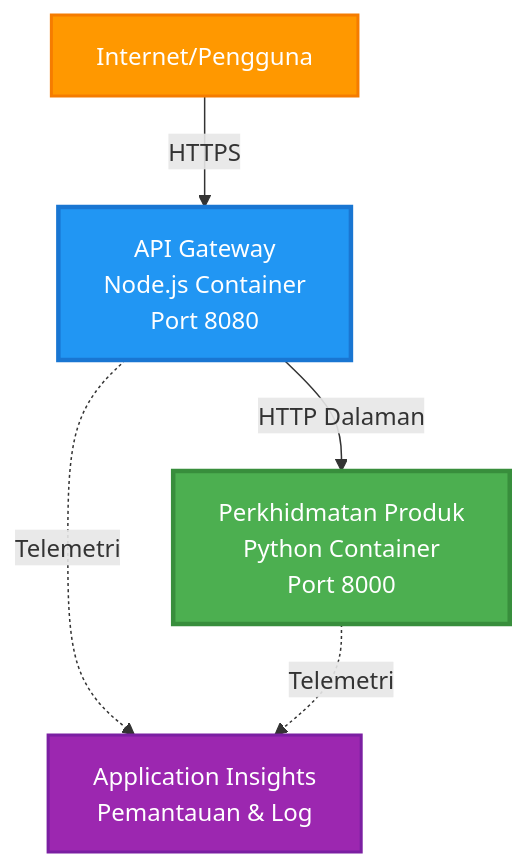
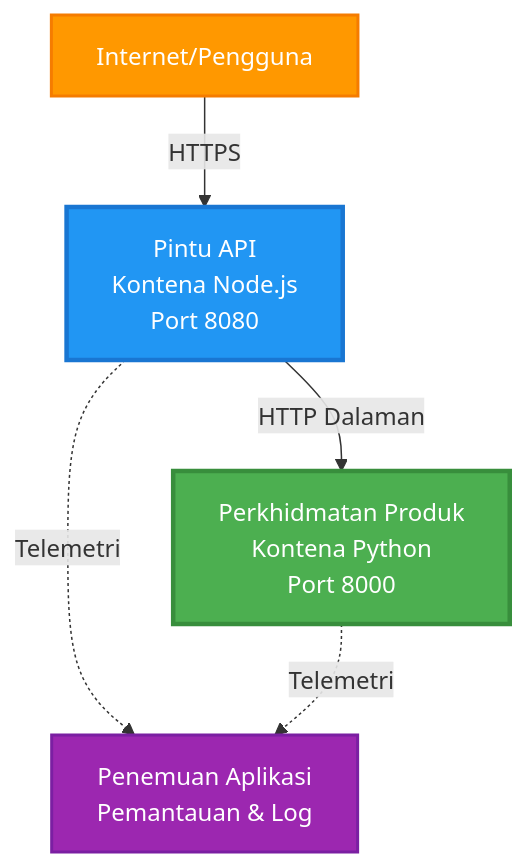
Before and after one commit to microsoft/AZD-for-beginners: the first of 4 diagrams in translations/ms/examples/microservices/README.md, drawn with Mermaid. The commit also changed other lines of this file and 242 other files, not shown here.

````diff
--- a/translations/ms/examples/microservices/README.md
+++ b/translations/ms/examples/microservices/README.md
@@ -40,17 +31,17 @@
 ```mermaid
 graph TB
     Internet[Internet/Pengguna]
-    Gateway[API Gateway<br/>Node.js Container<br/>Port 8080]
-    Product[Perkhidmatan Produk<br/>Python Container<br/>Port 8000]
-    AppInsights[Application Insights<br/>Pemantauan & Log]
+    Gateway[Pintu API<br/>Kontena Node.js<br/>Port 8080]
+    Product[Perkhidmatan Produk<br/>Kontena Python<br/>Port 8000]
+    AppInsights[Penemuan Aplikasi<br/>Pemantauan & Log]
     
     Internet -->|HTTPS| Gateway
     Gateway -->|HTTP Dalaman| Product
     Gateway -.->|Telemetri| AppInsights
     Product -.->|Telemetri| AppInsights
     
     style Gateway fill:#2196F3,stroke:#1976D2,stroke-width:3px,color:#fff
     style Product fill:#4CAF50,stroke:#388E3C,stroke-width:3px,color:#fff
     style Internet fill:#FF9800,stroke:#F57C00,stroke-width:2px,color:#fff
     style AppInsights fill:#9C27B0,stroke:#7B1FA2,stroke-width:2px,color:#fff
 ```
````
